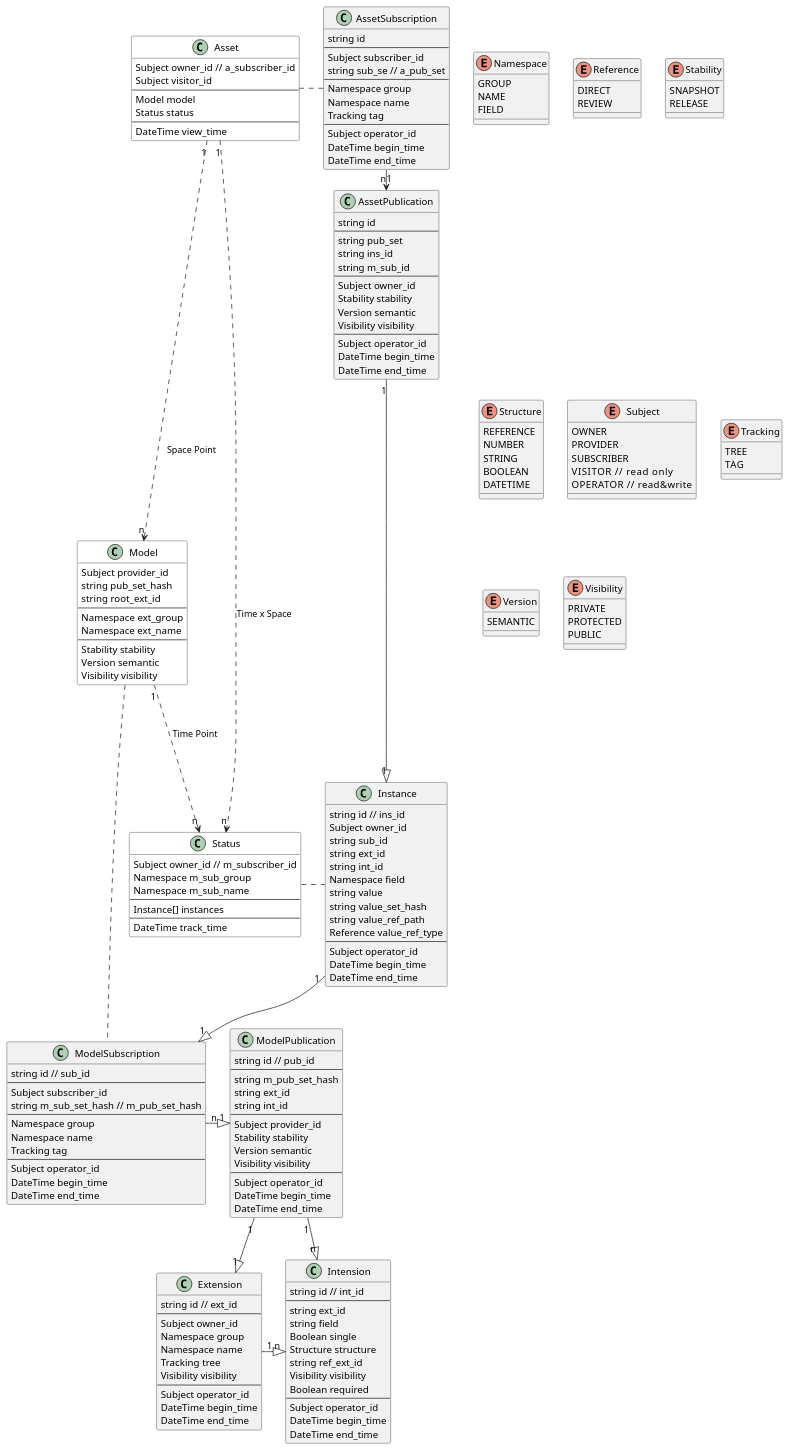
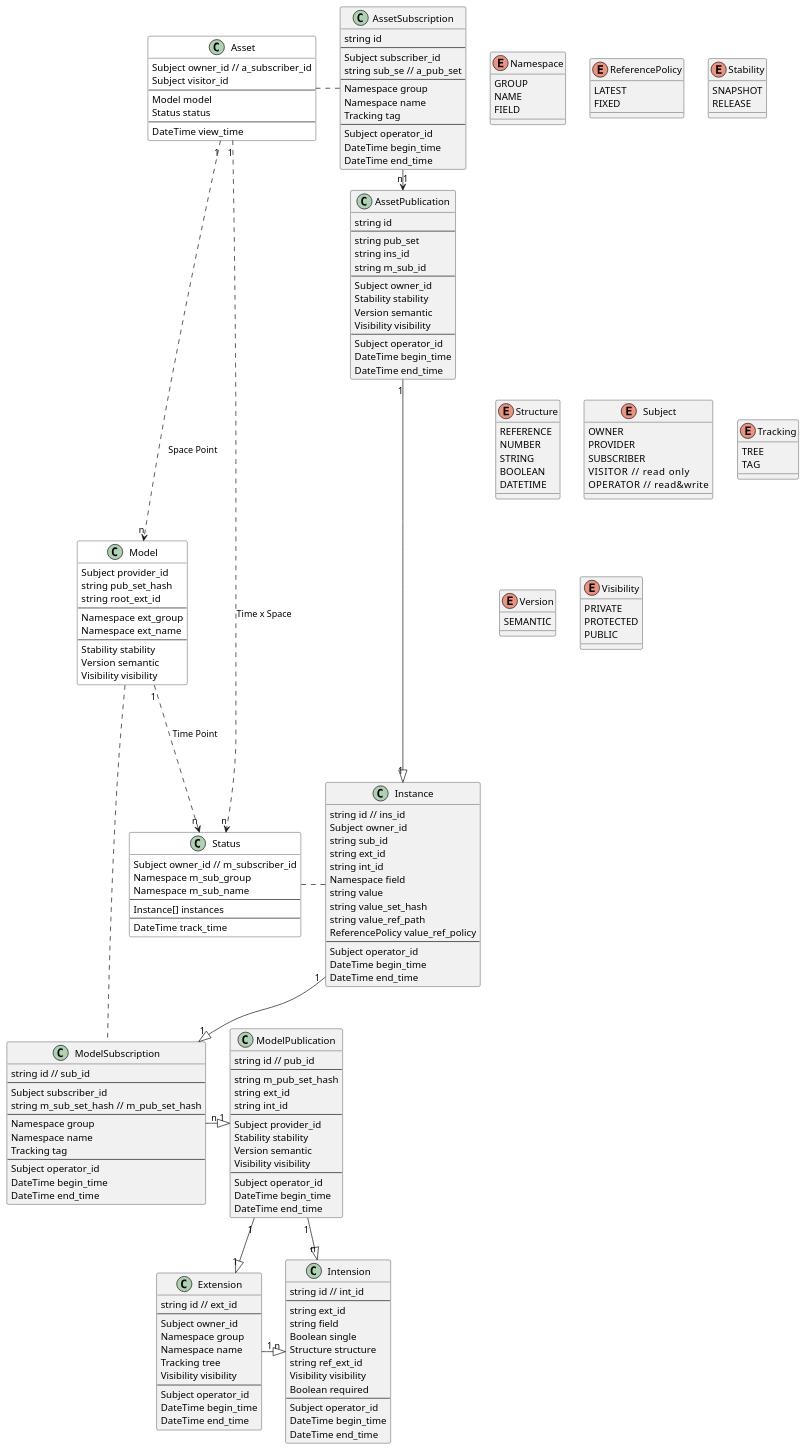
Before and after one commit to SINeWang/kiimate: the diagram in kiimate.puml, drawn with PlantUML. The commit also changed 7 other files, not shown here.

Commit message:
rename ref_type as ref_policy

```diff
--- a/kiimate.puml
+++ b/kiimate.puml
@@ -167,7 +167,7 @@
     string value
     string value_set_hash
     string value_ref_path
-    Reference value_ref_type
+    ReferencePolicy value_ref_policy
     ---
     Subject operator_id
     DateTime begin_time
@@ -182,9 +182,9 @@
     NAME
     FIELD
 }
-enum Reference {
-    DIRECT
-    REVIEW
+enum ReferencePolicy {
+    LATEST
+    FIXED
 }
 
 enum Stability {
```
